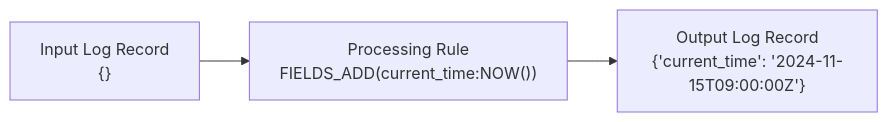
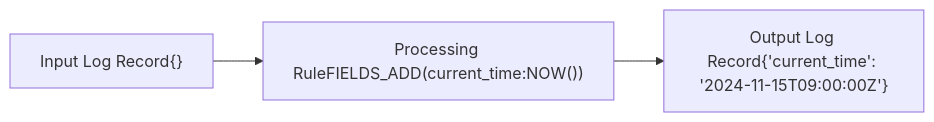
Diagram 13 of 18 in app/courses/01-log-monitoring/sections/05-create-log-processing-rules/content.md (Marc-Nueno-Montolio/EC_onsite), drawn with Mermaid before and after one commit. The commit also changed other lines of this file and 7 other files, not shown here.

````diff
--- a/app/courses/01-log-monitoring/sections/05-create-log-processing-rules/content.md
+++ b/app/courses/01-log-monitoring/sections/05-create-log-processing-rules/content.md
@@ -175,6 +181,6 @@
-	```mermaid
-	graph LR
-	    id1["Input Log Record<br>{}"] -->
-	    id2["Processing Rule<br>FIELDS_ADD(current_time:NOW())"] -->
-	    id3["Output Log Record<br>{'current_time': '2024-11-15T09:00:00Z'}"]
-	```
+```mermaid
+graph LR
+	id1["Input Log Record{}"] -->
+	id2["Processing RuleFIELDS_ADD(current_time:NOW())"] -->
+	id3["Output Log Record{'current_time': '2024-11-15T09:00:00Z'}"]
+```
````
